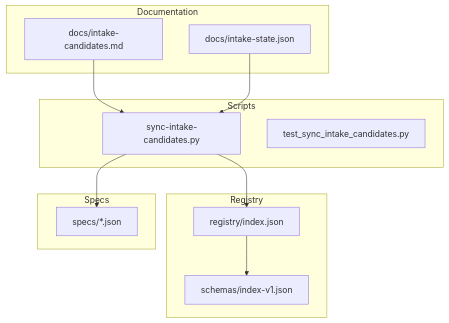
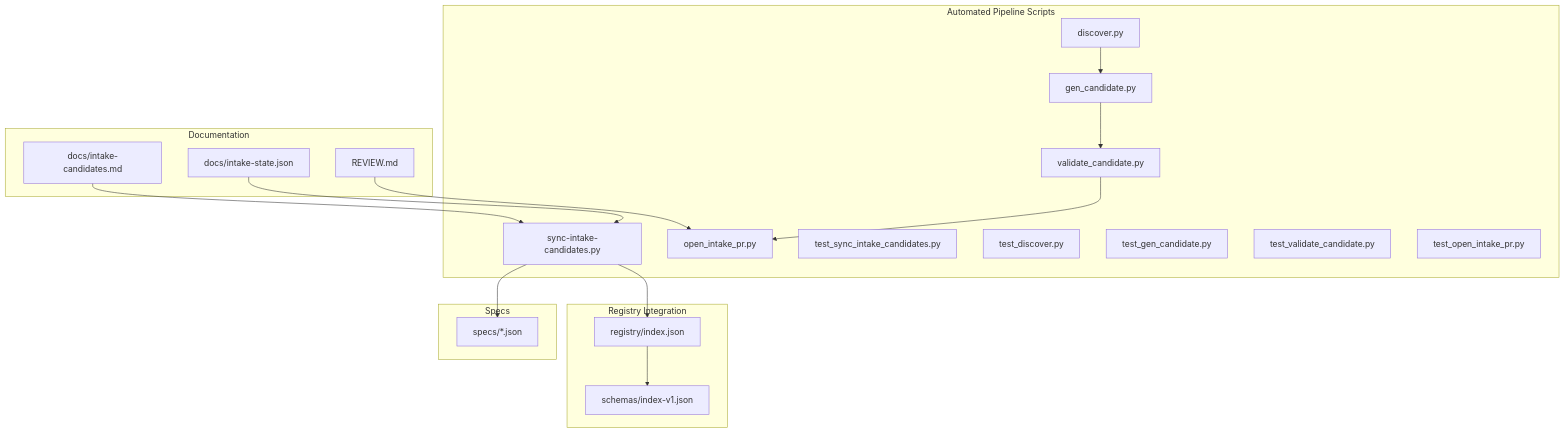
Before and after one commit to tonythethompson/numan-registry: the first of 5 diagrams in .qoder/repowiki/en/content/Registry Operations/Intake Candidates.md, drawn with Mermaid. The commit also changed other lines of this file and 37 other files, not shown here.

Commit message:
Add CLAUDE.md, expand backlog schema, update docs

````diff
--- a/.qoder/repowiki/en/content/Registry Operations/Intake Candidates.md
+++ b/.qoder/repowiki/en/content/Registry Operations/Intake Candidates.md
@@ -36,25 +50,36 @@
 ```mermaid
-
 graph TB
 subgraph "Documentation"
 DOC1[docs/intake-candidates.md]
 DOC2[docs/intake-state.json]
+DOC3[REVIEW.md]
 end
-subgraph "Scripts"
+subgraph "Automated Pipeline Scripts"
 SCRIPT1[sync-intake-candidates.py]
+SCRIPT2[discover.py]
+SCRIPT3[gen_candidate.py]
+SCRIPT4[validate_candidate.py]
+SCRIPT5[open_intake_pr.py]
 TEST1[test_sync_intake_candidates.py]
+TEST2[test_discover.py]
+TEST3[test_gen_candidate.py]
+TEST4[test_validate_candidate.py]
+TEST5[test_open_intake_pr.py]
 end
-subgraph "Registry"
+subgraph "Registry Integration"
 REG1[registry/index.json]
 SCHEMA[schemas/index-v1.json]
 end
 subgraph "Specs"
 SPEC1[specs/*.json]
 end
 DOC1 --> SCRIPT1
 DOC2 --> SCRIPT1
+DOC3 --> SCRIPT5
 SCRIPT1 --> REG1
+SCRIPT2 --> SCRIPT3
+SCRIPT3 --> SCRIPT4
+SCRIPT4 --> SCRIPT5
 SCRIPT1 --> SPEC1
 REG1 --> SCHEMA
-
 ```
````
